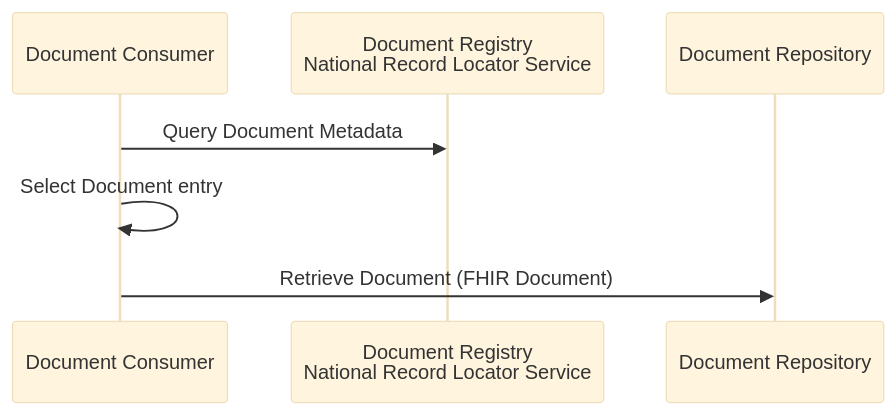
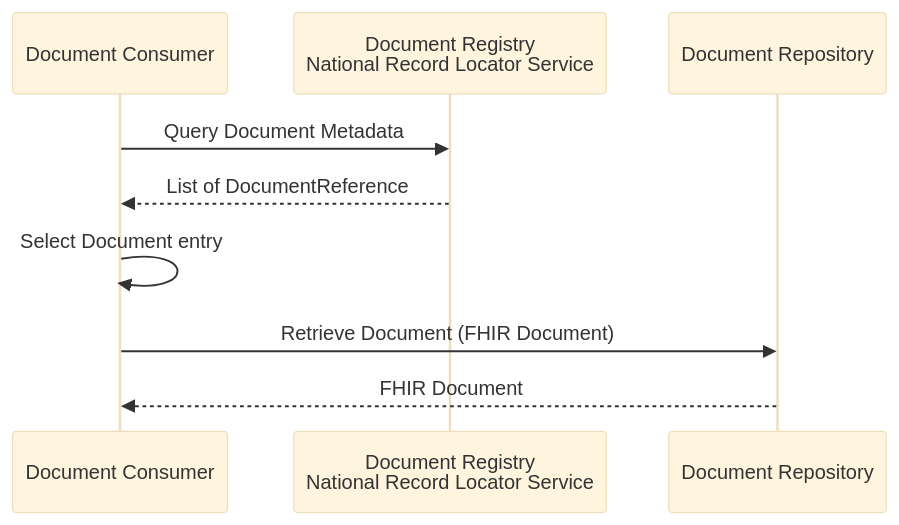
The fourth of 6 diagrams in input/pagecontent/report-options.md (uk-gov-mirror/nw-gmsa.nw-gmsa.github.com), drawn with Mermaid (base theme) before and after one commit. The commit also changed other lines of this file, not shown here.

````diff
--- a/input/pagecontent/report-options.md
+++ b/input/pagecontent/report-options.md
@@ -56,10 +61,12 @@
 ```mermaid
 sequenceDiagram
     participant Consumer As Document Consumer
     participant Registry As Document Registry<br/>National Record Locator Service
     participant Repository As Document Repository
 
     Consumer ->> Registry: Query Document Metadata
+    Registry -->> Consumer: List of DocumentReference
     Consumer ->> Consumer: Select Document entry
     Consumer ->> Repository: Retrieve Document (FHIR Document)
+    Repository -->> Consumer: FHIR Document
 ```
````
